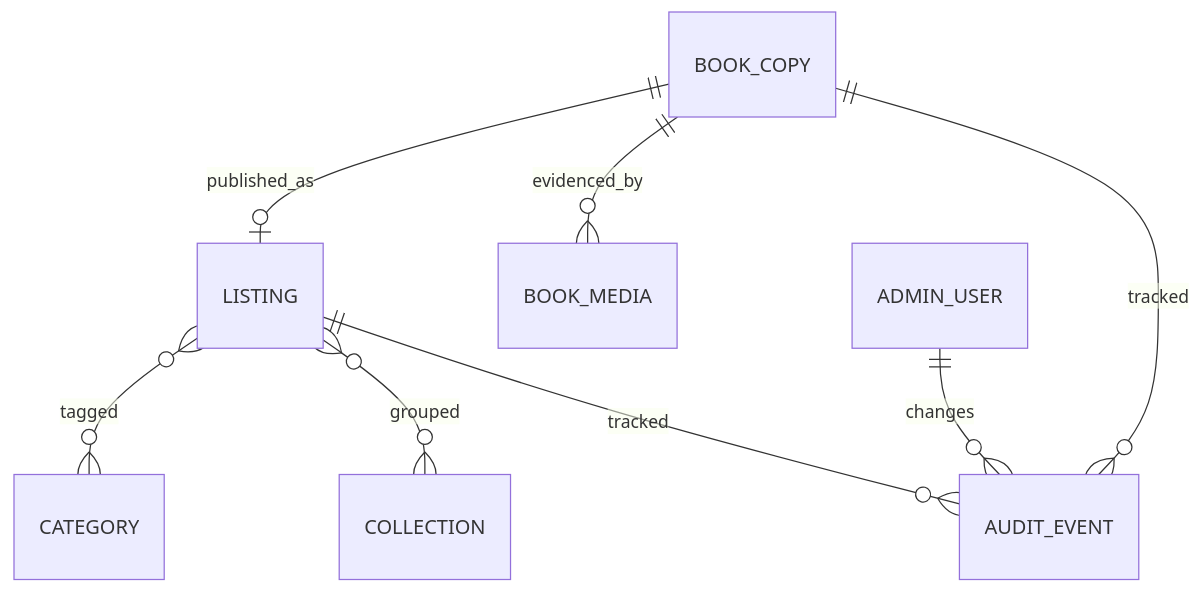
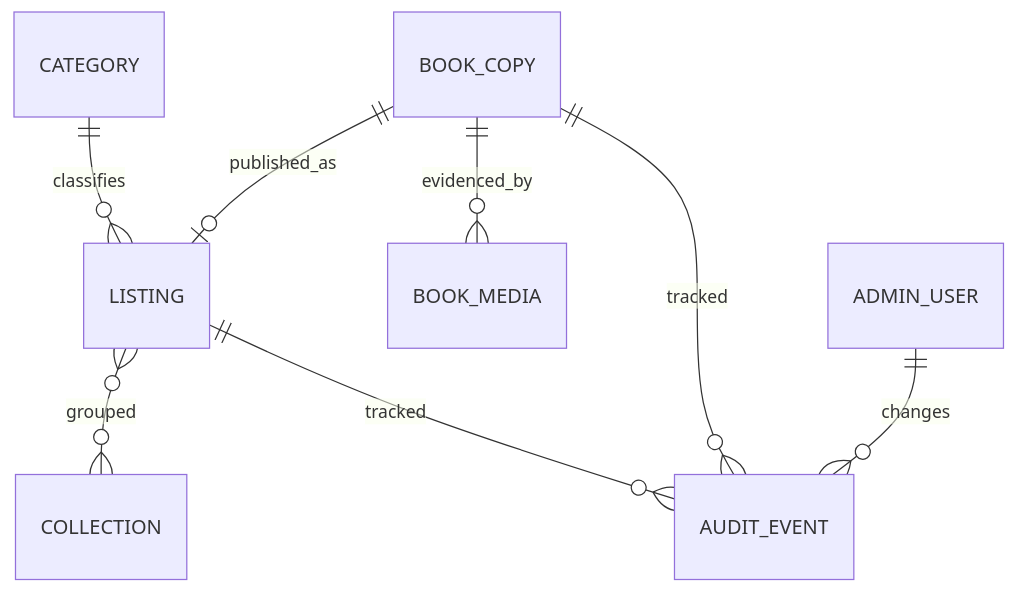
One commit to nanashi-vie/me-may changed the third of 4 diagrams in docs/MASTER_PLAN.md. Above: the diagram before and after it, drawn with Mermaid. The commit also changed other lines of this file and 8 other files, not shown here.

````diff
--- a/docs/MASTER_PLAN.md
+++ b/docs/MASTER_PLAN.md
@@ -146,10 +170,10 @@
 ```mermaid
 erDiagram
   BOOK_COPY ||--o| LISTING : published_as
   BOOK_COPY ||--o{ BOOK_MEDIA : evidenced_by
-  LISTING }o--o{ CATEGORY : tagged
+  CATEGORY ||--o{ LISTING : classifies
   LISTING }o--o{ COLLECTION : grouped
   ADMIN_USER ||--o{ AUDIT_EVENT : changes
   BOOK_COPY ||--o{ AUDIT_EVENT : tracked
   LISTING ||--o{ AUDIT_EVENT : tracked
 ```
````
